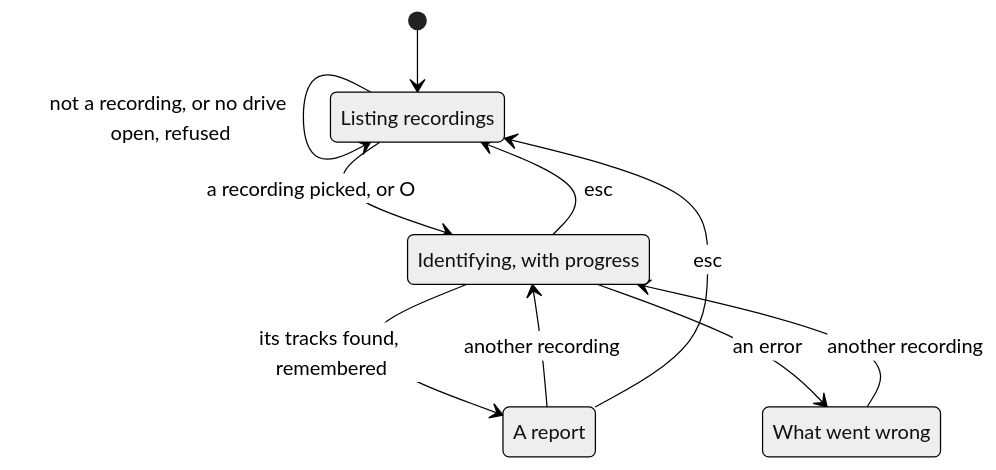
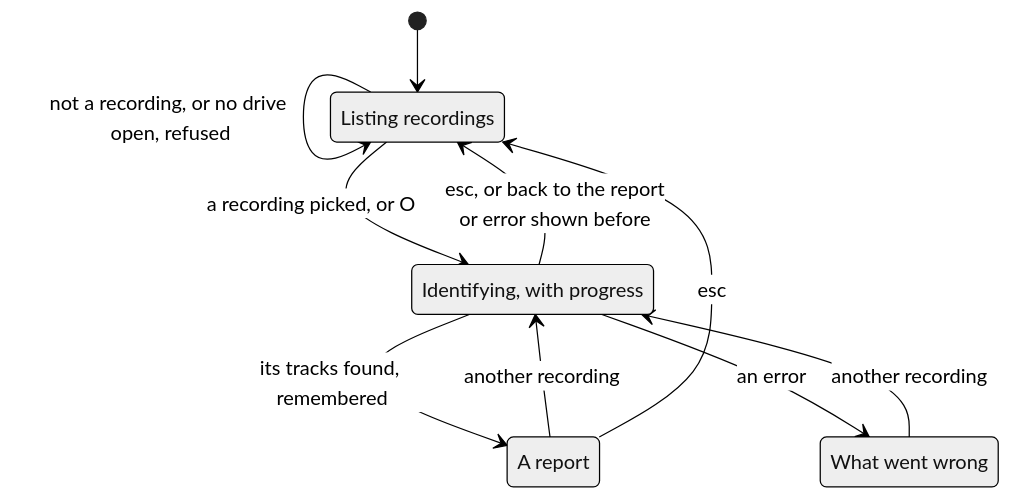
Before and after one commit to cutenode/localnetwork: diagram 12 of 13 in apps/locallibrary/docs/diagrams/player.md, drawn with Mermaid (neutral theme). The commit also changed other lines of this file and 4 other files, not shown here.

First line of the commit message:
docs(locallibrary): use the glossary's words and fix the player's charts

````diff
--- a/apps/locallibrary/docs/diagrams/player.md
+++ b/apps/locallibrary/docs/diagrams/player.md
@@ -261,16 +264,16 @@
 ```mermaid
 stateDiagram-v2
     state "Listing recordings" as List
     state "Identifying, with progress" as Busy
     state "A report" as Report
     state "What went wrong" as Failed
     [*] --> List
     List --> List: not a recording, or no drive open, refused
     List --> Busy: a recording picked, or O
-    Busy --> List: esc
+    Busy --> List: esc, or back to the report<br/>or error shown before
     Busy --> Report: its tracks found, remembered
     Busy --> Failed: an error
     Report --> Busy: another recording
     Failed --> Busy: another recording
     Report --> List: esc
 ```
````
